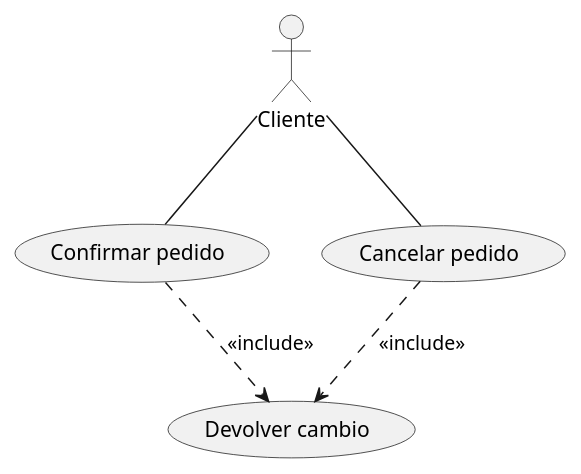
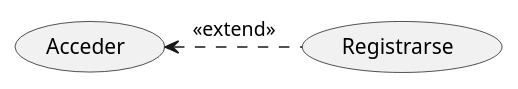
Before and after one commit to valencodes/UD12_usoUML_DVGC: the diagram in src/casos_de_uso.puml, drawn with PlantUML.

Commit message:
Extension

```diff
--- a/src/casos_de_uso.puml
+++ b/src/casos_de_uso.puml
@@ -1,9 +1,5 @@
 @startuml
 
-
-:Cliente:--(Confirmar pedido)
-:Cliente:--(Cancelar pedido)
-(Confirmar pedido)-.>(Devolver cambio):<<include>>
-(Cancelar pedido)-.>(Devolver cambio):<<include>>
+(Acceder)<.(Registrarse):<<extend>>
 
 @enduml
```
